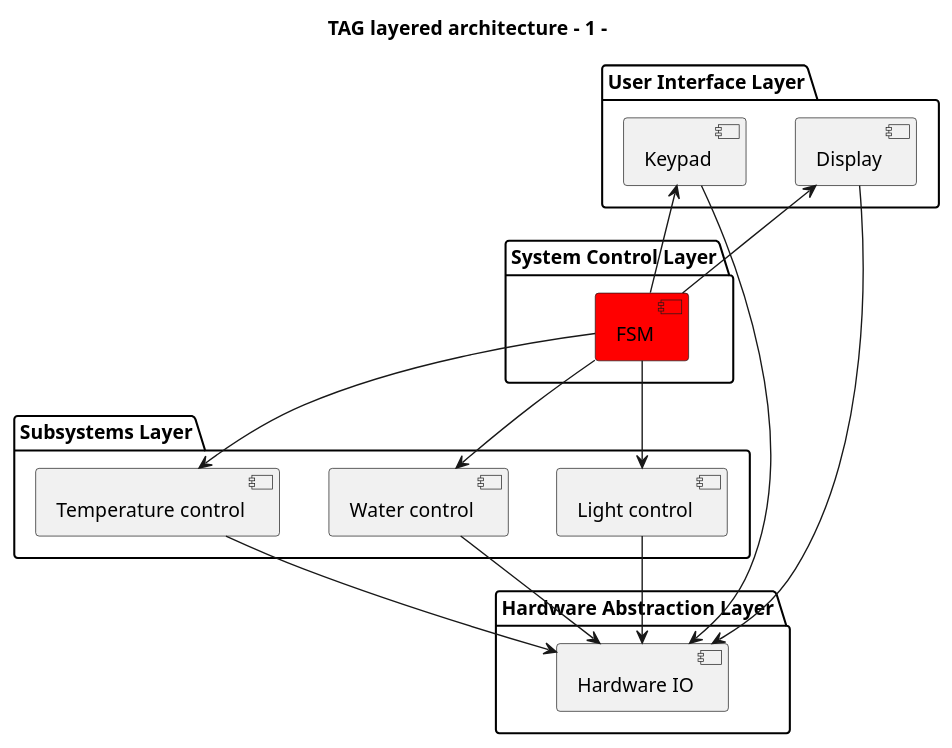
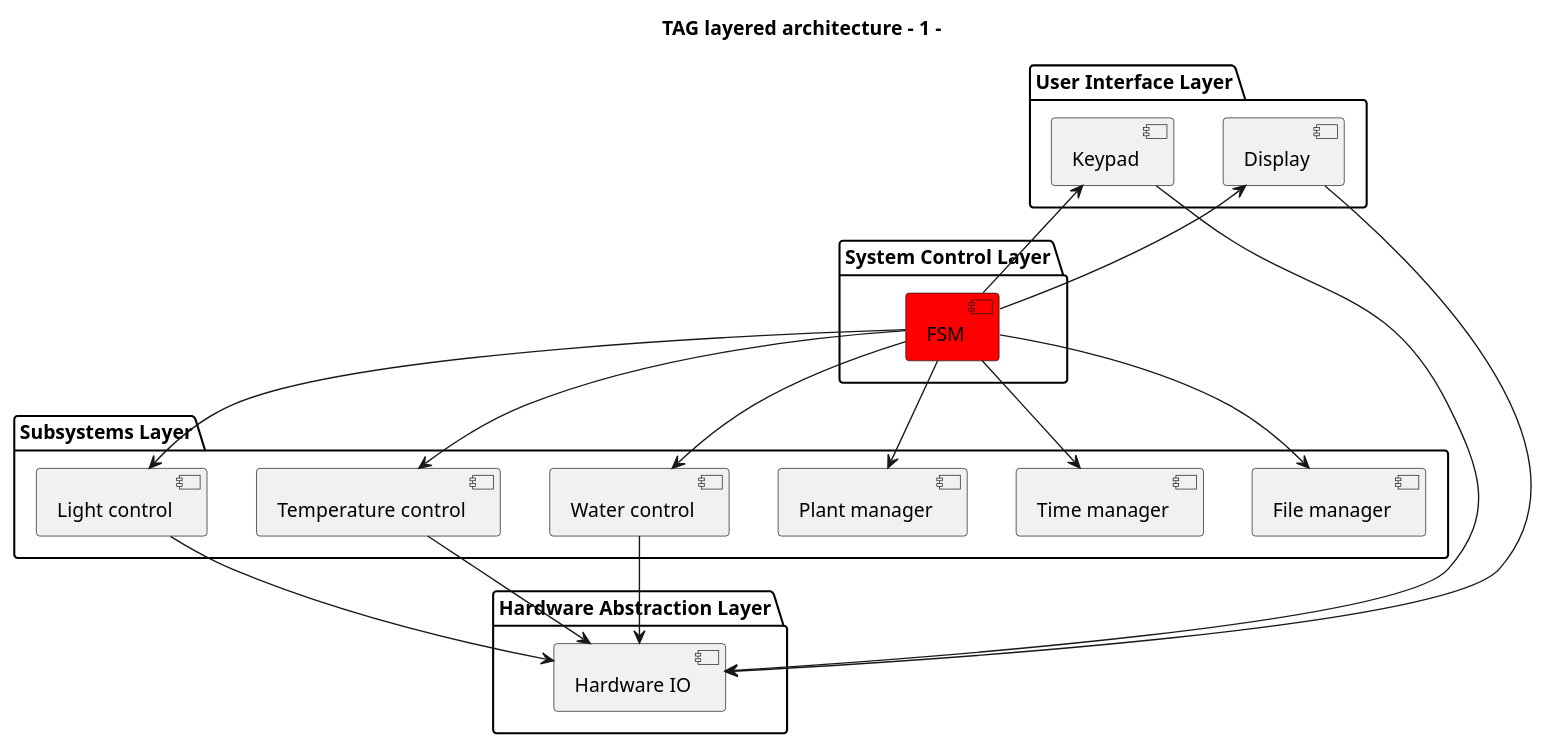
Before and after one commit to r1r3nn3/Tomato: the diagram in Tomato_UML/Tomato UML.layer.puml, drawn with PlantUML. The commit also changed 8 other files, not shown here.

Commit message:
added changes in UML diagram. Wasn't recognised als a change...

```diff
--- a/Tomato_UML/Tomato UML.layer.puml
+++ b/Tomato_UML/Tomato UML.layer.puml
@@ -1,35 +1,42 @@
 @startuml
 
 title TAG layered architecture - 1 -
 
 package "User Interface Layer" {
     [Display]
     [Keypad]
 }
 
 package "System Control Layer" {
     [FSM] #red
 }
 
 package "Subsystems Layer" {
-    [Temperature control]
     [Light control]
     [Water control]
+    [File manager]
+    [Time manager]
+    [Plant manager]
+    [Temperature control]
 }
 
 package "Hardware Abstraction Layer" {
     [Hardware IO]
 }
 
+
 [FSM] -down-> [Light control]
 [FSM] -down-> [Temperature control]
 [FSM] -down-> [Water control]
+[FSM] -down-> [File manager]
+[FSM] -down-> [Time manager]
+[FSM] -down-> [Plant manager]
 [FSM] -up-> [Display]
 [FSM] -up-> [Keypad]
 [Light control] --> [Hardware IO]
 [Temperature control] --> [Hardware IO]
 [Water control] --> [Hardware IO]
 [Display] --> [Hardware IO]
 [Keypad] --> [Hardware IO]
 
 @enduml
```
